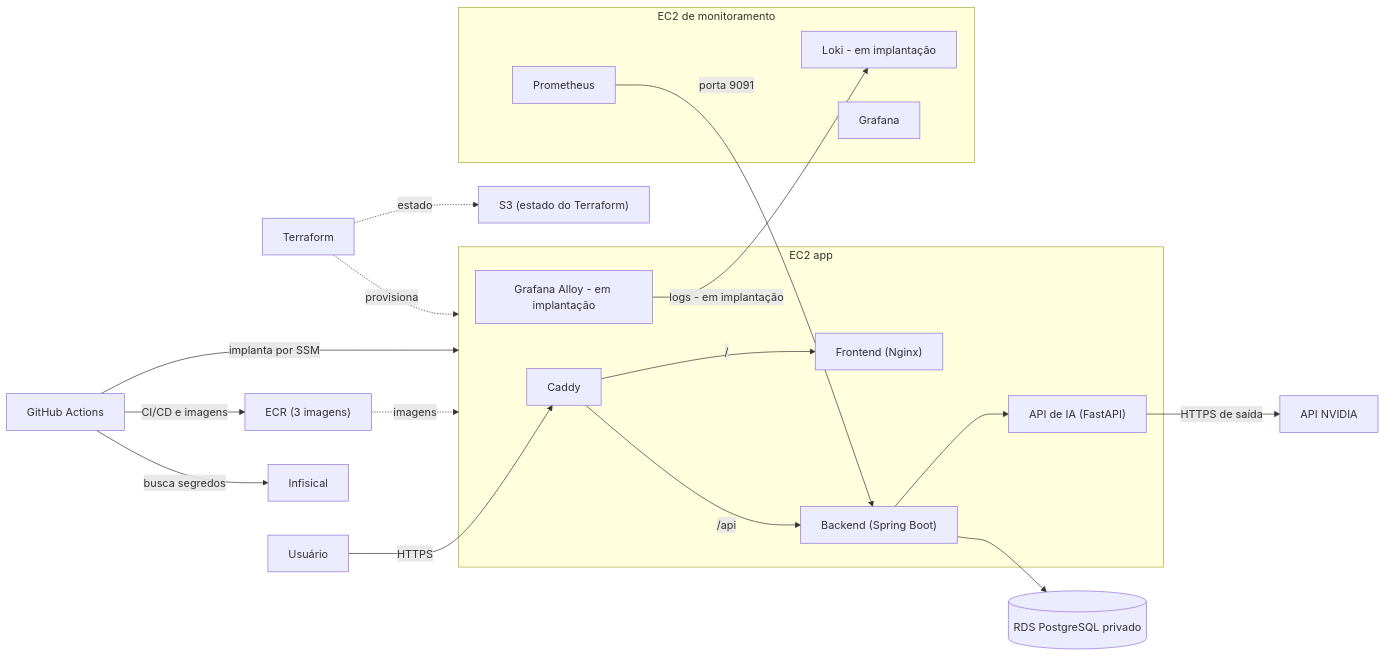
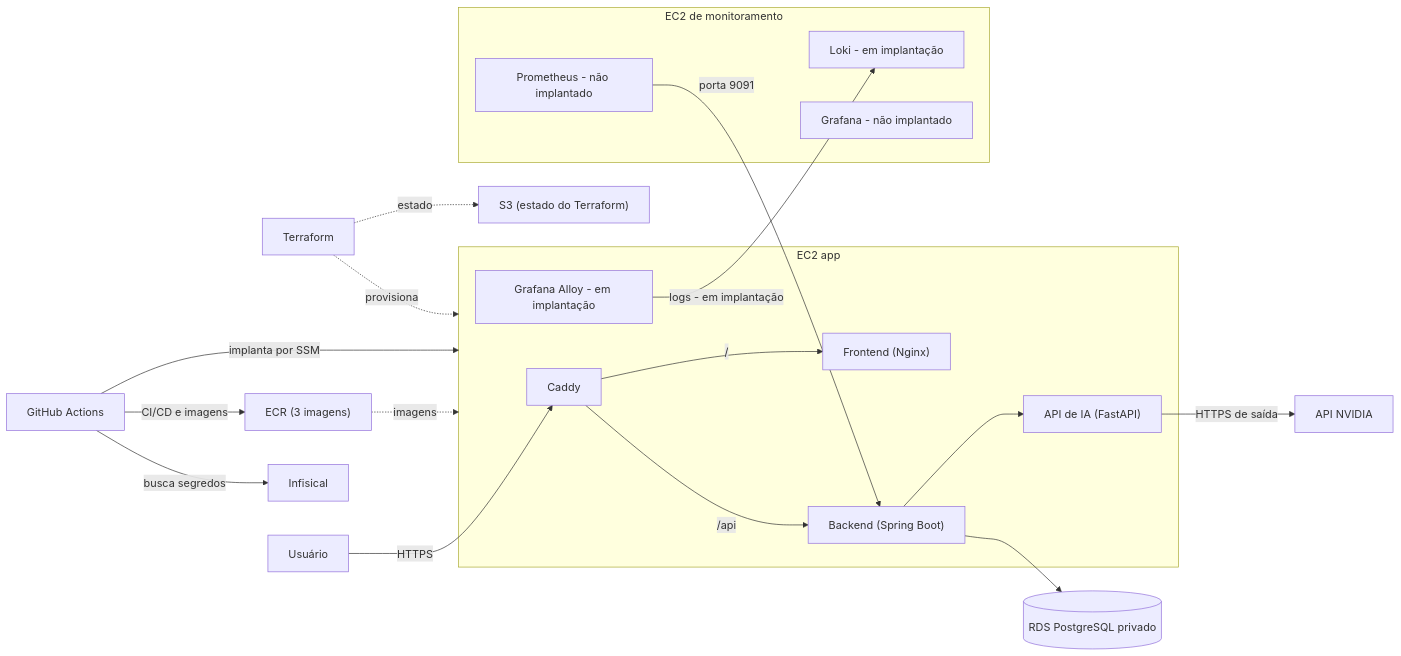
One commit to JoaoLRS/IVIS changed the diagram in README.md. Above: the diagram before and after it, drawn with Mermaid. The commit also changed other lines of this file, not shown here.

````diff
--- a/README.md
+++ b/README.md
@@ -331,37 +331,37 @@
 ```mermaid
 flowchart LR
     user["Usuário"] -->|"HTTPS"| caddy
 
     subgraph app["EC2 app"]
         caddy["Caddy"]
         caddy -->|"/"| frontend["Frontend (Nginx)"]
         caddy -->|"/api"| backend["Backend (Spring Boot)"]
         backend --> ia["API de IA (FastAPI)"]
         alloy["Grafana Alloy - em implantação"]
     end
 
     backend --> rds[("RDS PostgreSQL privado")]
     ia -->|"HTTPS de saída"| nvidia["API NVIDIA"]
 
     subgraph monitor["EC2 de monitoramento"]
-        prom["Prometheus"]
+        prom["Prometheus - não implantado"]
         loki["Loki - em implantação"]
-        graf["Grafana"]
+        graf["Grafana - não implantado"]
     end
 
     prom -->|"porta 9091"| backend
     alloy -->|"logs - em implantação"| loki
 
     ecr["ECR (3 imagens)"]
     s3["S3 (estado do Terraform)"]
     terraform["Terraform"]
     gh["GitHub Actions"]
     inf["Infisical"]
 
     ecr -.->|"imagens"| app
     gh -->|"CI/CD e imagens"| ecr
     gh -->|"implanta por SSM"| app
     gh -->|"busca segredos"| inf
     terraform -.->|"provisiona"| app
     terraform -.->|"estado"| s3
 ```
````
